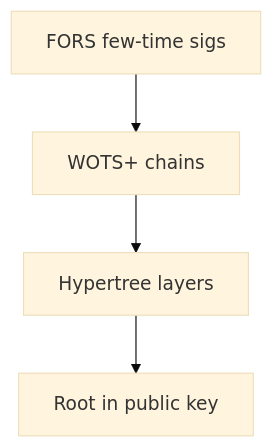
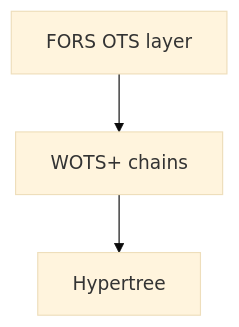
The first of 2 diagrams in manuscript/chapters/13-fips-205-slh-dsa.md (kalyogyogi-ui/Ai-check-), drawn with Mermaid (base theme) before and after one commit. The commit also changed other lines of this file and 31 other files, not shown here.

First line of the commit message:
Fix figure placement: in-section after intro text, repair corrupted headings

````diff
--- a/manuscript/chapters/13-fips-205-slh-dsa.md
+++ b/manuscript/chapters/13-fips-205-slh-dsa.md
@@ -7,6 +22,5 @@
 ```mermaid
 flowchart TB
-  FORS[FORS few-time sigs] --> WOTS[WOTS+ chains]
-  WOTS --> HT[Hypertree layers]
-  HT --> ROOT[Root in public key]
+  FORS[FORS OTS layer] --> WOTS[WOTS+ chains]
+  WOTS --> HT[Hypertree]
 ```
````
